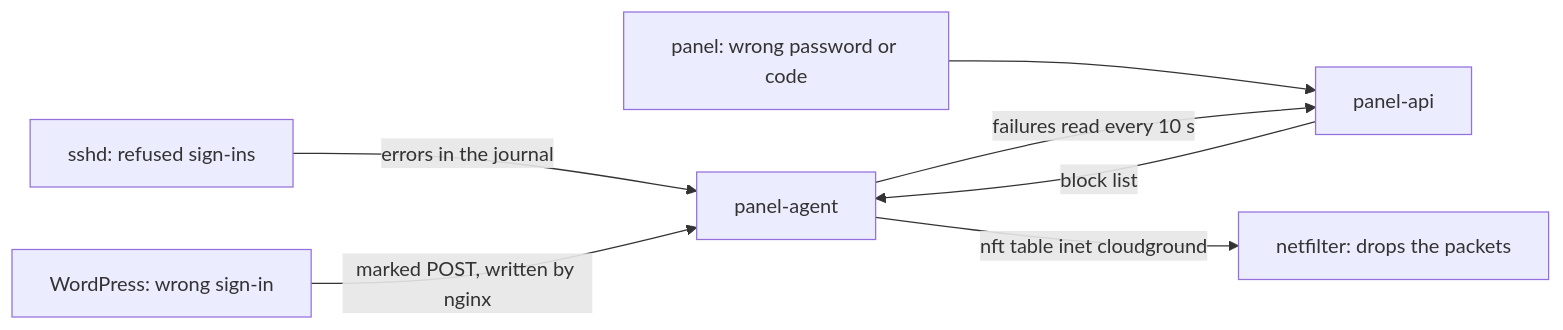
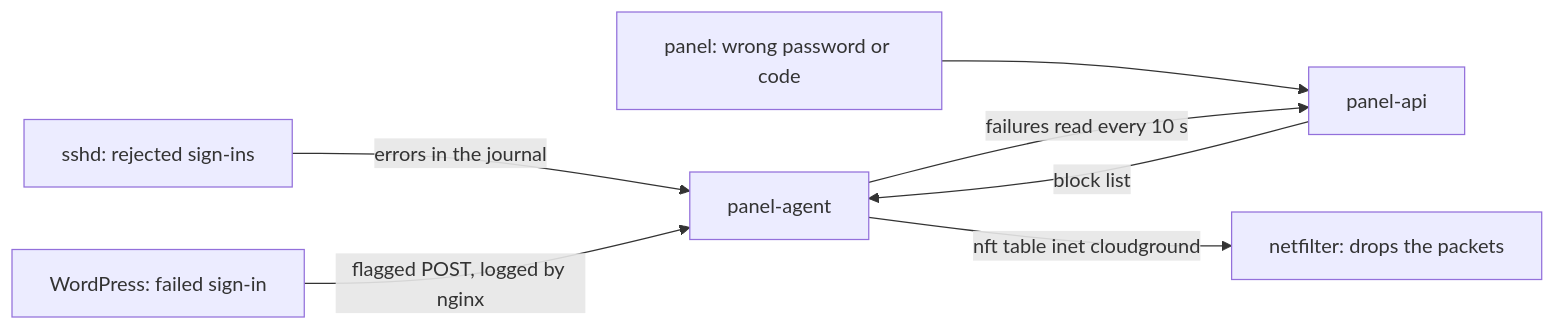
One commit to cloudground-it/cloudground-docs changed the diagram in i18n/en/docusaurus-plugin-content-docs/current/explanation/blocking.mdx. Above: the diagram before and after it, drawn with Mermaid. The commit also changed other lines of this file and 21 other files, not shown here.

````diff
--- a/i18n/en/docusaurus-plugin-content-docs/current/explanation/blocking.mdx
+++ b/i18n/en/docusaurus-plugin-content-docs/current/explanation/blocking.mdx
@@ -19,9 +19,9 @@
 ```mermaid
 flowchart LR
-  ssh["sshd: refused sign-ins"] -->|"errors in the journal"| agent["panel-agent"]
-  wp["WordPress: wrong sign-in"] -->|"marked POST, written by nginx"| agent
+  ssh["sshd: rejected sign-ins"] -->|"errors in the journal"| agent["panel-agent"]
+  wp["WordPress: failed sign-in"] -->|"flagged POST, logged by nginx"| agent
   panel["panel: wrong password or code"] --> api["panel-api"]
   agent -->|"failures read every 10 s"| api
   api -->|"block list"| agent
   agent -->|"nft table inet cloudground"| kernel["netfilter: drops the packets"]
 ```
````
